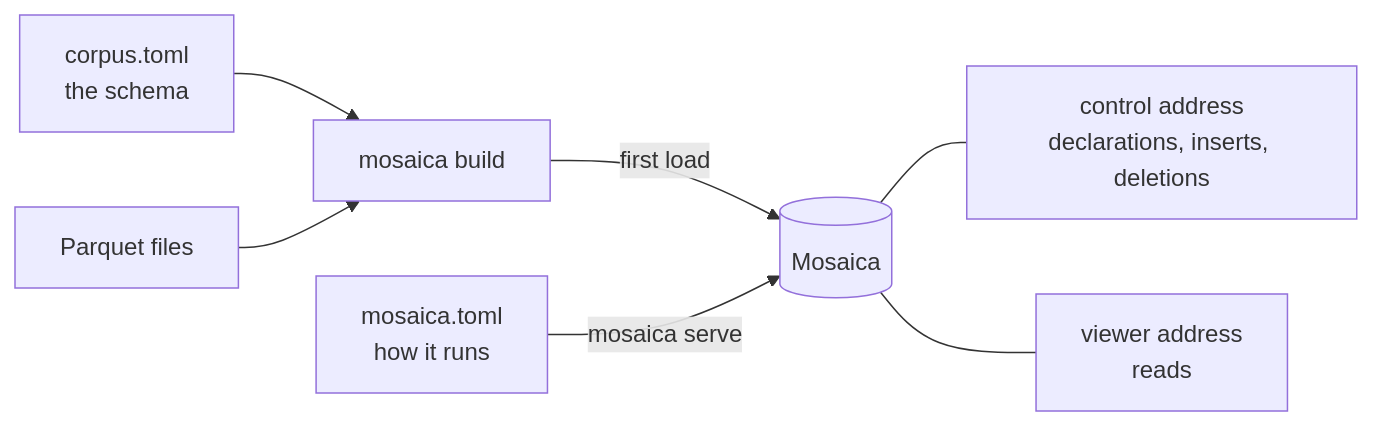
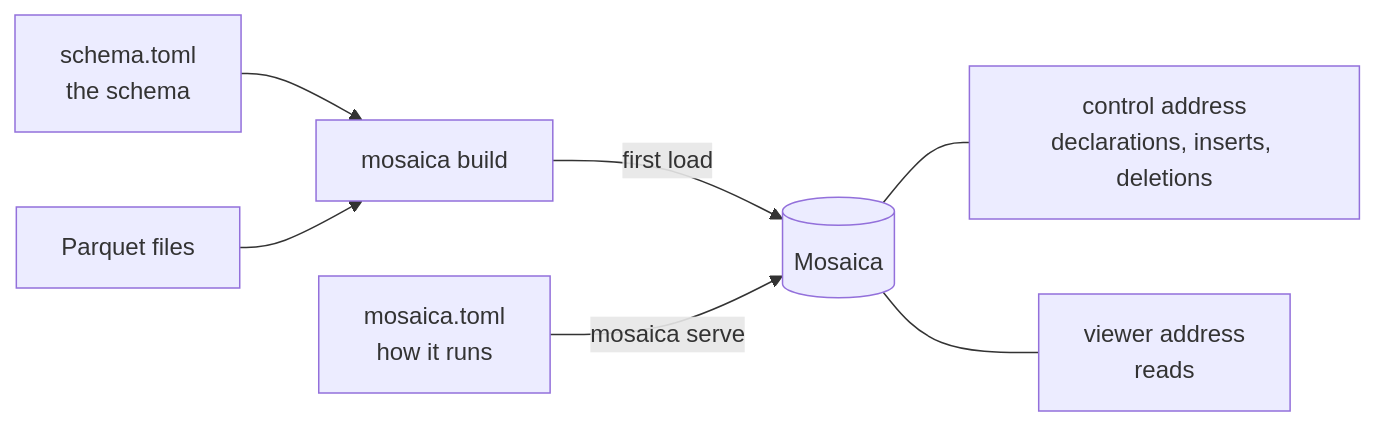
One commit to mosaicadb/mosaica changed the diagram in docs/start/install.md. Above: the diagram before and after it, drawn with Mermaid. The commit also changed other lines of this file and 9 other files, not shown here.

Commit message:
Docs: the schema file is schema.toml, the name Mosaica looks for by default

````diff
--- a/docs/start/install.md
+++ b/docs/start/install.md
@@ -51,9 +51,9 @@
 ```mermaid
 flowchart LR
-  schema["corpus.toml<br/>the schema"] --> build["mosaica build"]
+  schema["schema.toml<br/>the schema"] --> build["mosaica build"]
   files["Parquet files"] --> build
   build -->|first load| db[("Mosaica")]
   settings["mosaica.toml<br/>how it runs"] -->|mosaica serve| db
   db --- control["control address<br/>declarations, inserts, deletions"]
   db --- viewer["viewer address<br/>reads"]
 ```
````
